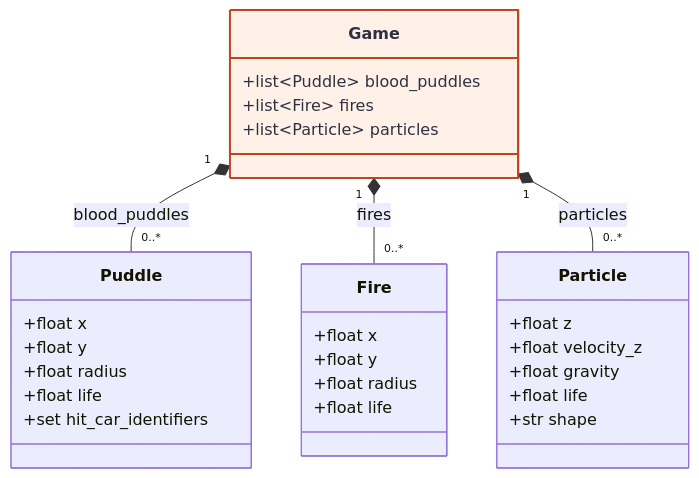
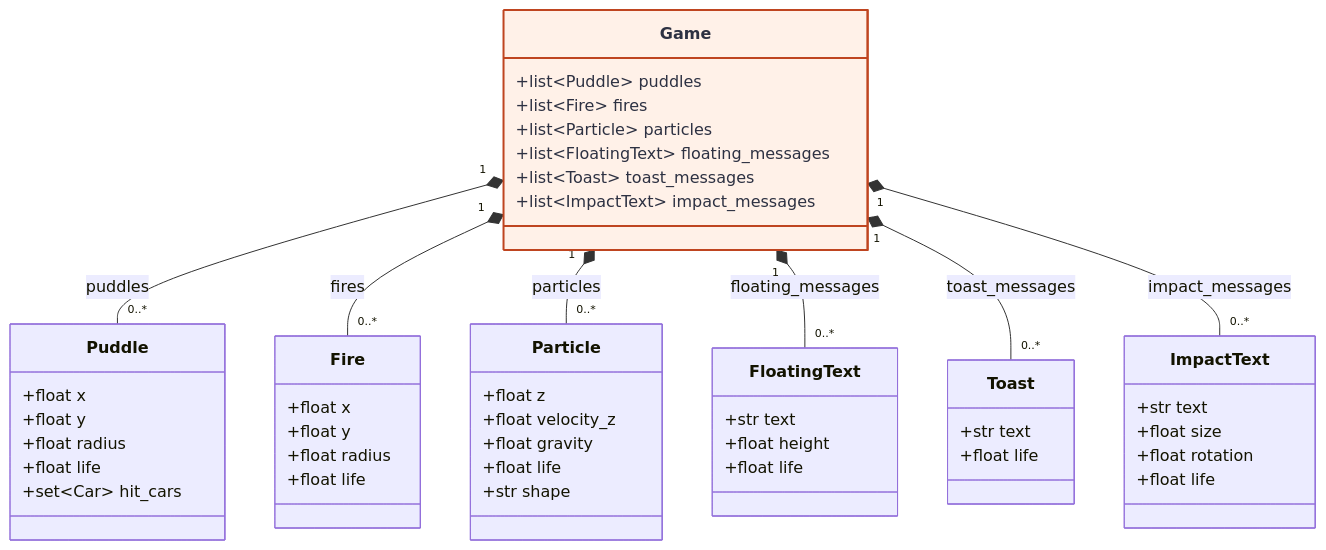
The third of 3 diagrams in docs/class_diagram.md (namo5758/pygame-cross-the-road), drawn with Mermaid before and after one commit. The commit also changed other lines of this file, not shown here.

Commit message:
class diagram: commands moved to GameSimulation, text record classes, puddles/hit_cars

````diff
--- a/docs/class_diagram.md
+++ b/docs/class_diagram.md
@@ -120,39 +122,63 @@
 ```mermaid
 classDiagram
     direction TB
 
     class Game {
-        +list~Puddle~ blood_puddles
+        +list~Puddle~ puddles
         +list~Fire~ fires
         +list~Particle~ particles
+        +list~FloatingText~ floating_messages
+        +list~Toast~ toast_messages
+        +list~ImpactText~ impact_messages
     }
 
     class Puddle {
         +float x
         +float y
         +float radius
         +float life
-        +set hit_car_identifiers
+        +set~Car~ hit_cars
     }
 
     class Fire {
         +float x
         +float y
         +float radius
         +float life
     }
 
     class Particle {
         +float z
         +float velocity_z
         +float gravity
         +float life
         +str shape
     }
 
-    Game "1" *-- "0..*" Puddle : blood_puddles
+    class FloatingText {
+        +str text
+        +float height
+        +float life
+    }
+
+    class Toast {
+        +str text
+        +float life
+    }
+
+    class ImpactText {
+        +str text
+        +float size
+        +float rotation
+        +float life
+    }
+
+    Game "1" *-- "0..*" Puddle : puddles
     Game "1" *-- "0..*" Fire : fires
     Game "1" *-- "0..*" Particle : particles
+    Game "1" *-- "0..*" FloatingText : floating_messages
+    Game "1" *-- "0..*" Toast : toast_messages
+    Game "1" *-- "0..*" ImpactText : impact_messages
 
     style Game fill:#fff1e8,stroke:#bf4520,color:#2d3142,stroke-width:2px
 ```
````
